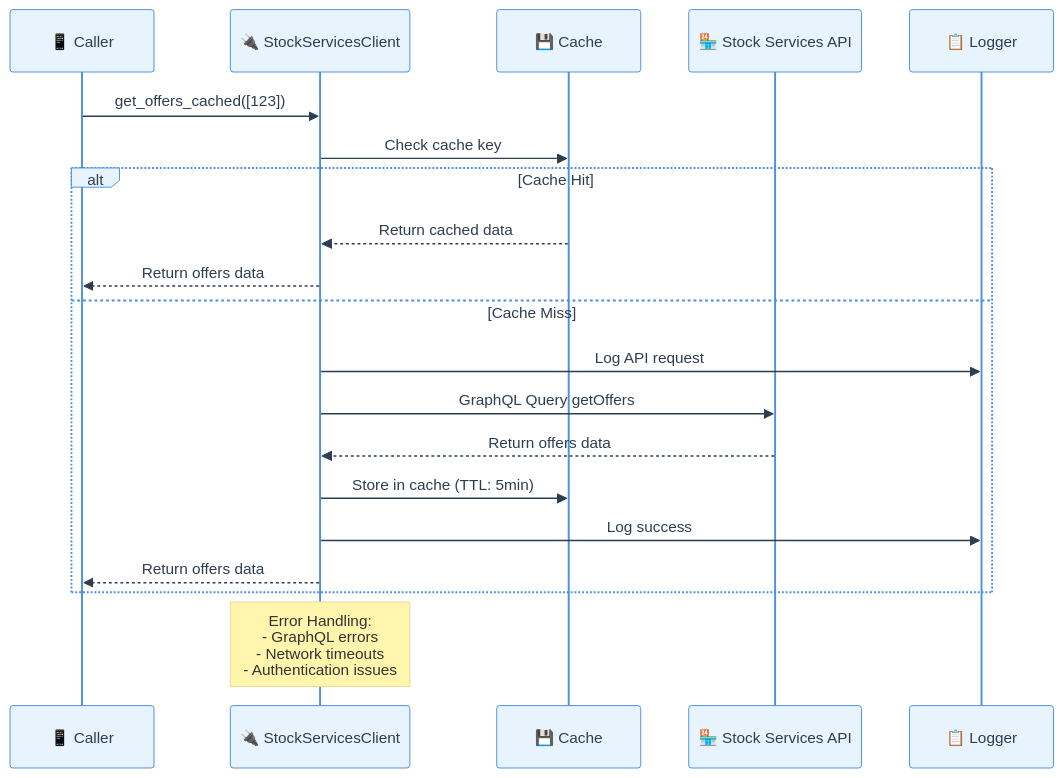
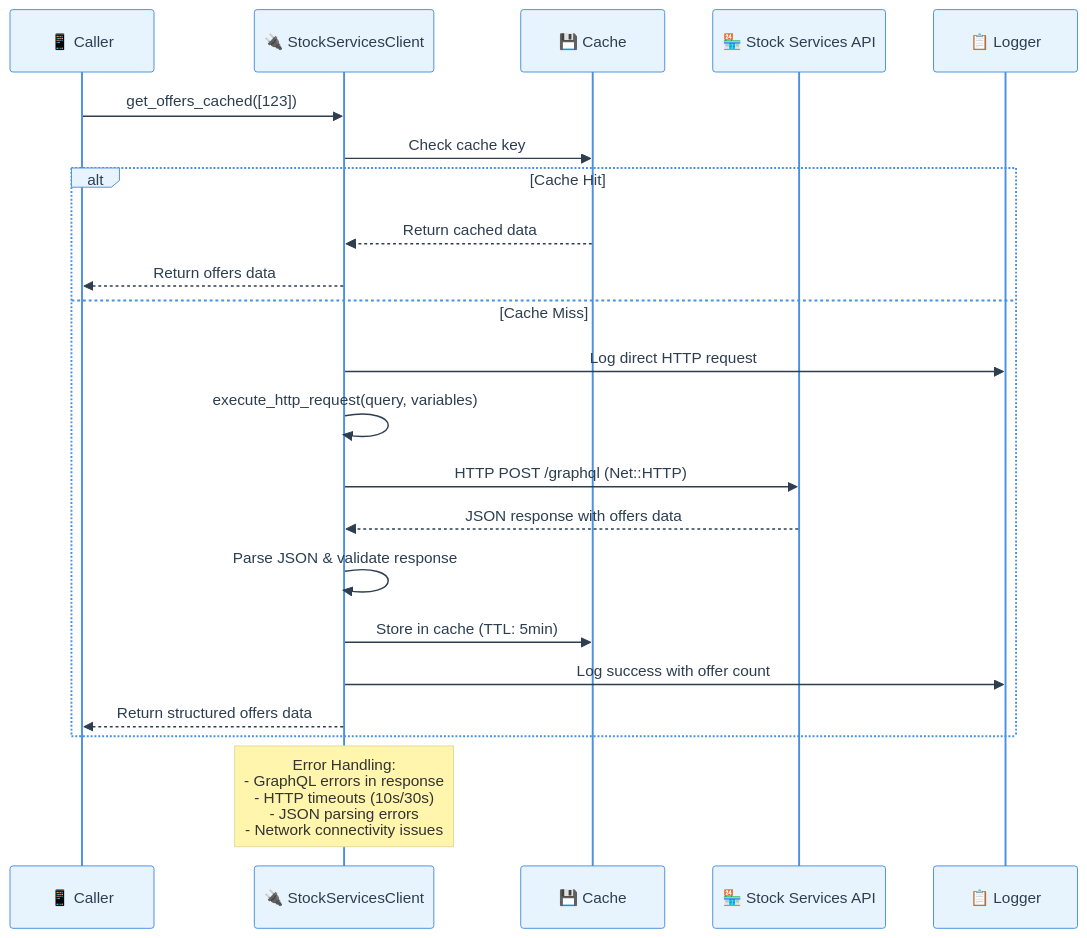
The fourth of 6 diagrams in inputs/started-requirements.md (enogrob/project-qeevo-anubis), drawn with Mermaid before and after one commit. The commit also changed other lines of this file, not shown here.

````diff
--- a/inputs/started-requirements.md
+++ b/inputs/started-requirements.md
@@ -311,38 +309,40 @@
 ```mermaid
 %%{init: {
   'theme':'base',
   'themeVariables': {
     'primaryColor':'#E8F4FD',
     'primaryBorderColor':'#4A90E2',
     'primaryTextColor':'#2C3E50',
     'secondaryColor':'#F0F8E8',
     'tertiaryColor':'#FDF2E8',
     'quaternaryColor':'#F8E8F8',
     'lineColor':'#5D6D7E',
     'fontFamily':'Inter,Segoe UI,Arial'
   }
 }}%%
 sequenceDiagram
     participant Caller as 📱 Caller
     participant SSC as 🔌 StockServicesClient
     participant Cache as 💾 Cache
     participant API as 🏪 Stock Services API
     participant Logger as 📋 Logger
     
     Caller->>SSC: get_offers_cached([123])
     SSC->>Cache: Check cache key
     
     alt Cache Hit
         Cache-->>SSC: Return cached data
         SSC-->>Caller: Return offers data
     else Cache Miss
-        SSC->>Logger: Log API request
-        SSC->>API: GraphQL Query getOffers
-        API-->>SSC: Return offers data
+        SSC->>Logger: Log direct HTTP request
+        SSC->>SSC: execute_http_request(query, variables)
+        SSC->>API: HTTP POST /graphql (Net::HTTP)
+        API-->>SSC: JSON response with offers data
+        SSC->>SSC: Parse JSON & validate response
         SSC->>Cache: Store in cache (TTL: 5min)
-        SSC->>Logger: Log success
-        SSC-->>Caller: Return offers data
+        SSC->>Logger: Log success with offer count
+        SSC-->>Caller: Return structured offers data
     end
     
-    Note over SSC: Error Handling:<br/>- GraphQL errors<br/>- Network timeouts<br/>- Authentication issues
+    Note over SSC: Error Handling:<br/>- GraphQL errors in response<br/>- HTTP timeouts (10s/30s)<br/>- JSON parsing errors<br/>- Network connectivity issues
 ```
````
